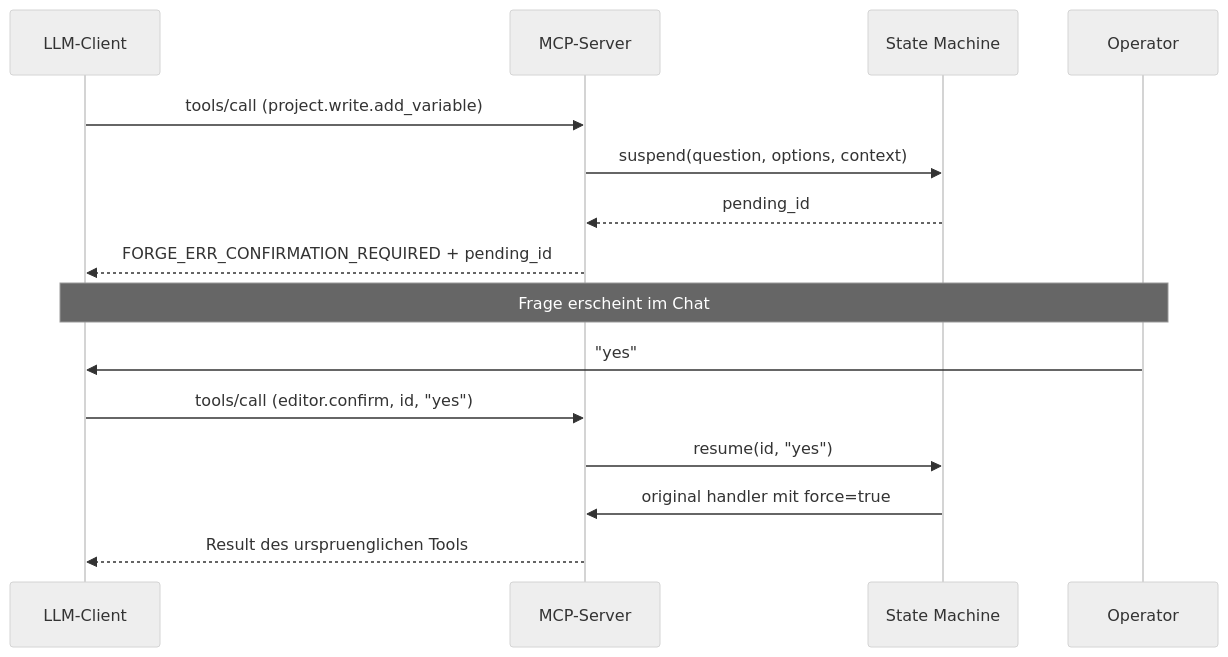
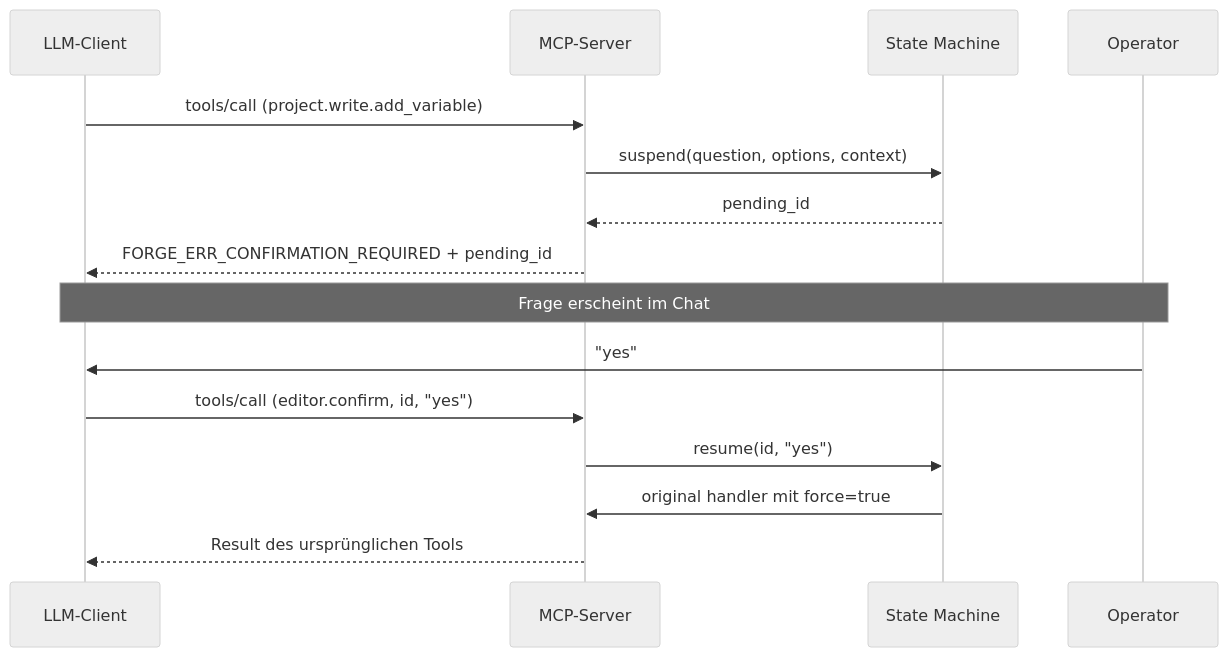
One commit to Beerlesklopfer/forgeiec-website changed the diagram in content/de/help/ai/architecture/index.md. Above: the diagram before and after it, drawn with Mermaid (neutral theme). The commit also changed other lines of this file and 57 other files, not shown here.

````diff
--- a/content/de/help/ai/architecture/index.md
+++ b/content/de/help/ai/architecture/index.md
@@ -107,18 +107,18 @@
 ```mermaid
 sequenceDiagram
     participant Client as LLM-Client
     participant Server as MCP-Server
     participant FSM as State Machine
     participant Op as Operator
 
     Client->>Server: tools/call (project.write.add_variable)
     Server->>FSM: suspend(question, options, context)
     FSM-->>Server: pending_id
     Server-->>Client: FORGE_ERR_CONFIRMATION_REQUIRED + pending_id
     Note over Client,Op: Frage erscheint im Chat
     Op->>Client: "yes"
     Client->>Server: tools/call (editor.confirm, id, "yes")
     Server->>FSM: resume(id, "yes")
     FSM->>Server: original handler mit force=true
-    Server-->>Client: Result des urspruenglichen Tools
+    Server-->>Client: Result des ursprünglichen Tools
 ```
````
